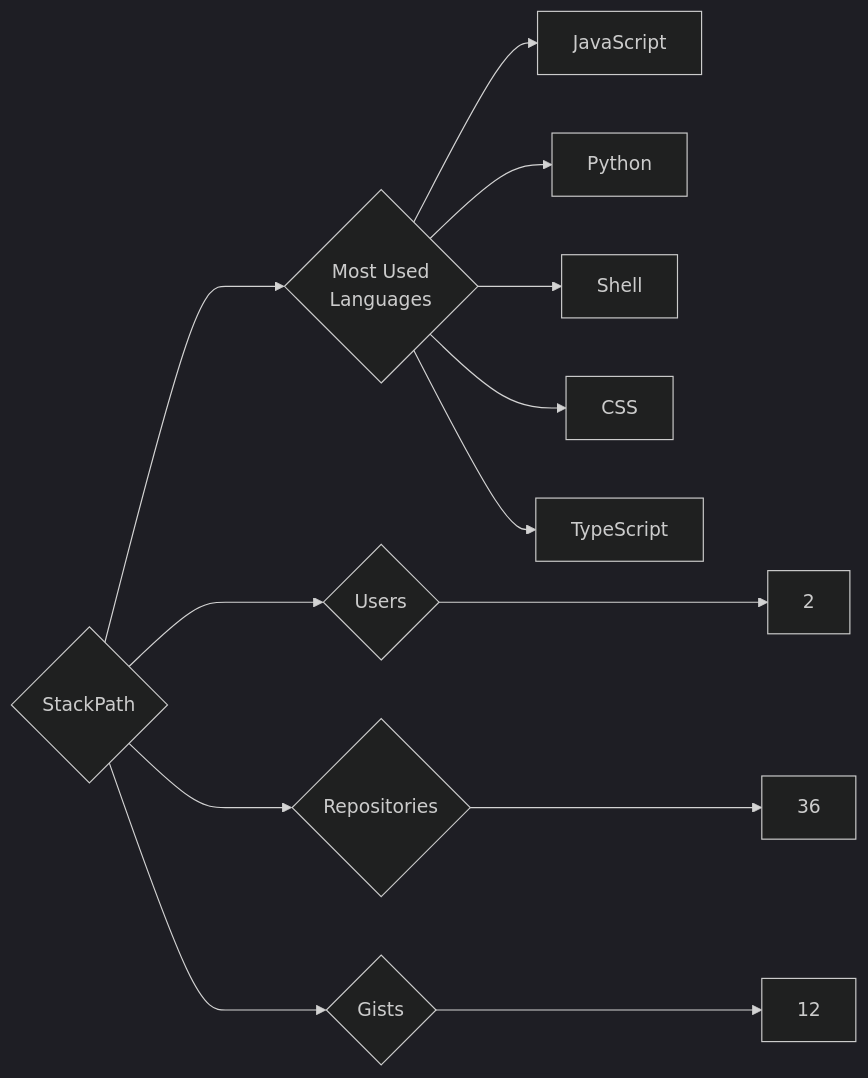
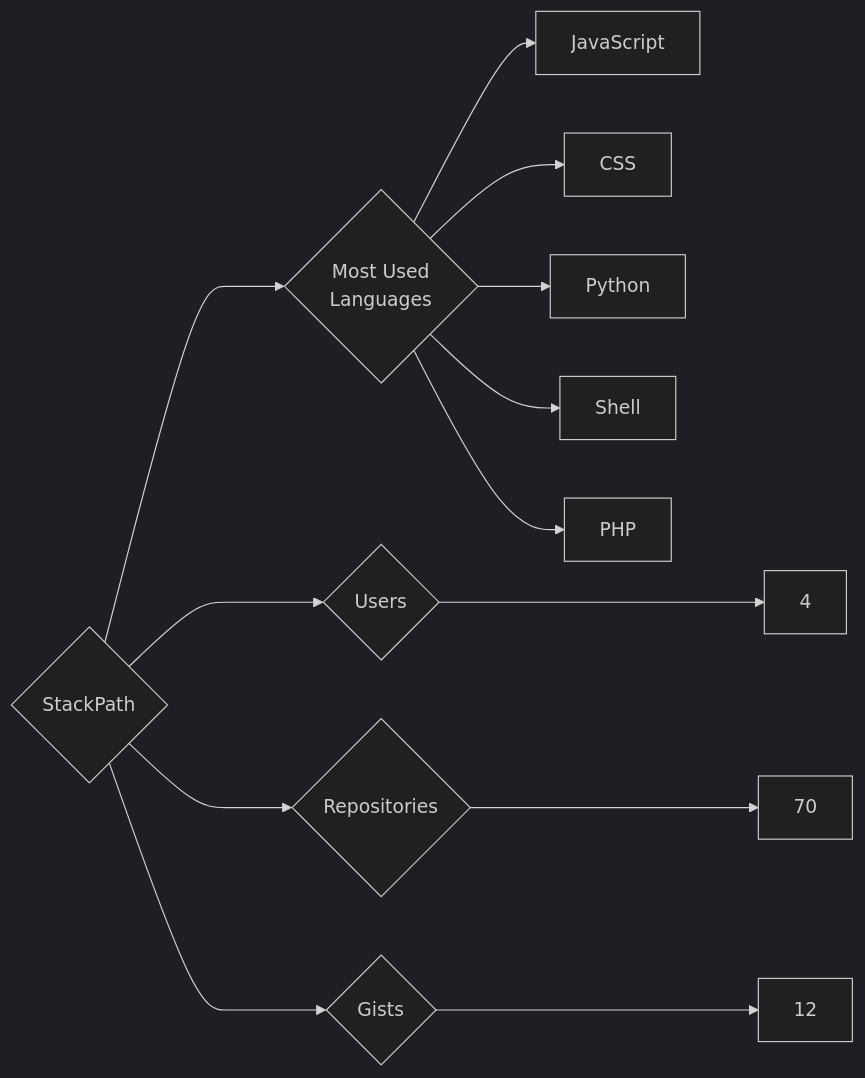
Before and after one commit to trickest/insiders: the diagram in targets/StackPath/README.md, drawn with Mermaid (dark theme). The commit also changed 898 other files, not shown here.

````diff
--- a/targets/StackPath/README.md
+++ b/targets/StackPath/README.md
@@ -3,13 +3,13 @@
 ```mermaid
 graph LR
 COMPANY_NAME{StackPath}
-COMPANY_NAME ---> U{Users} ---> UN[2]
-COMPANY_NAME ---> R{Repositories} ---> RN[36]
+COMPANY_NAME ---> U{Users} ---> UN[4]
+COMPANY_NAME ---> R{Repositories} ---> RN[70]
 COMPANY_NAME ---> G{Gists} ---> GN[12]
 COMPANY_NAME ---> ML{Most Used<br>Languages}
 ML --> JavaScript[JavaScript]
+ML --> CSS[CSS]
 ML --> Python[Python]
 ML --> Shell[Shell]
-ML --> CSS[CSS]
-ML --> TypeScript[TypeScript]
+ML --> PHP[PHP]
 ```
````
